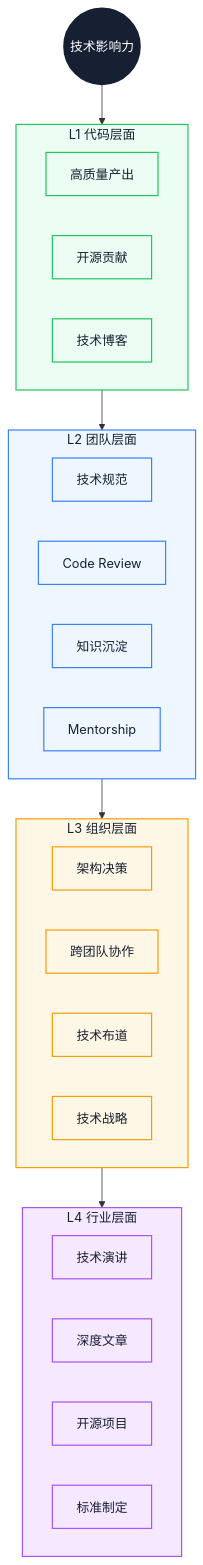
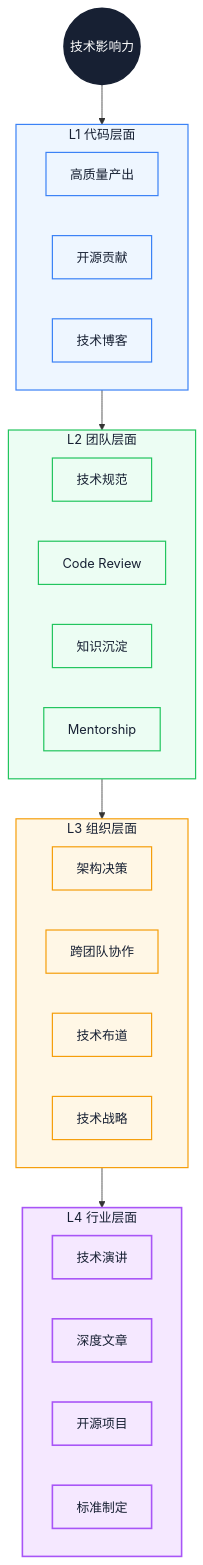
The first of 2 diagrams in docs/career/technical-influence.md (Fatejian/frontier-vault), drawn with Mermaid before and after one commit. The commit also changed other lines of this file and 41 other files, not shown here.

````diff
--- a/docs/career/technical-influence.md
+++ b/docs/career/technical-influence.md
@@ -56,53 +49,52 @@
 ```mermaid
-%%{init: {'theme': 'base', 'themeVariables': { 'fontFamily': 'Inter, PingFang SC, Microsoft YaHei, sans-serif', 'primaryColor': '#EEF6FF', 'primaryTextColor': '#172033', 'primaryBorderColor': '#6EA8FE', 'lineColor': '#8A94A6', 'secondaryColor': '#F7F9FC', 'tertiaryColor': '#FFF7E6, 'fontSize': '13px'}}}%%
 flowchart TB
     Core((技术影响力))
 
     subgraph L1["L1 代码层面"]
         direction LR
         L1A[高质量产出]
         L1B[开源贡献]
         L1C[技术博客]
     end
 
     subgraph L2["L2 团队层面"]
         direction LR
         L2A[技术规范]
         L2B[Code Review]
         L2C[知识沉淀]
         L2D[Mentorship]
     end
 
     subgraph L3["L3 组织层面"]
         direction LR
         L3A[架构决策]
         L3B[跨团队协作]
         L3C[技术布道]
         L3D[技术战略]
     end
 
     subgraph L4["L4 行业层面"]
         direction LR
         L4A[技术演讲]
         L4B[深度文章]
         L4C[开源项目]
         L4D[标准制定]
     end
 
     Core --> L1
     L1 --> L2
     L2 --> L3
     L3 --> L4
 
     classDef core fill:#172033,color:#fff,stroke:#172033,stroke-width:2px;
-    classDef l1 fill:#ECFDF3,stroke:#22C55E,color:#172033,stroke-width:1.5px;
-    classDef l2 fill:#EEF6FF,stroke:#3B82F6,color:#172033,stroke-width:1.5px;
-    classDef l3 fill:#FFF7E6,stroke:#F59E0B,color:#172033,stroke-width:1.5px;
-    classDef l4 fill:#F5E8FF,stroke:#A855F7,color:#172033,stroke-width:1.5px;
+    classDef wait fill:#EEF6FF,stroke:#3B82F6,color:#172033,stroke-width:1.5px;
+    classDef work fill:#ECFDF3,stroke:#22C55E,color:#172033,stroke-width:1.5px;
+    classDef block fill:#FFF7E6,stroke:#F59E0B,color:#172033,stroke-width:1.5px;
+    classDef metric fill:#F5E8FF,stroke:#A855F7,color:#172033,stroke-width:2px;
 
     class Core core;
-    class L1,L1A,L1B,L1C l1;
-    class L2,L2A,L2B,L2C,L2D l2;
-    class L3,L3A,L3B,L3C,L3D l3;
-    class L4,L4A,L4B,L4C,L4D l4;
+    class L1,L1A,L1B,L1C wait;
+    class L2,L2A,L2B,L2C,L2D work;
+    class L3,L3A,L3B,L3C,L3D block;
+    class L4,L4A,L4B,L4C,L4D metric;
 ```
````
